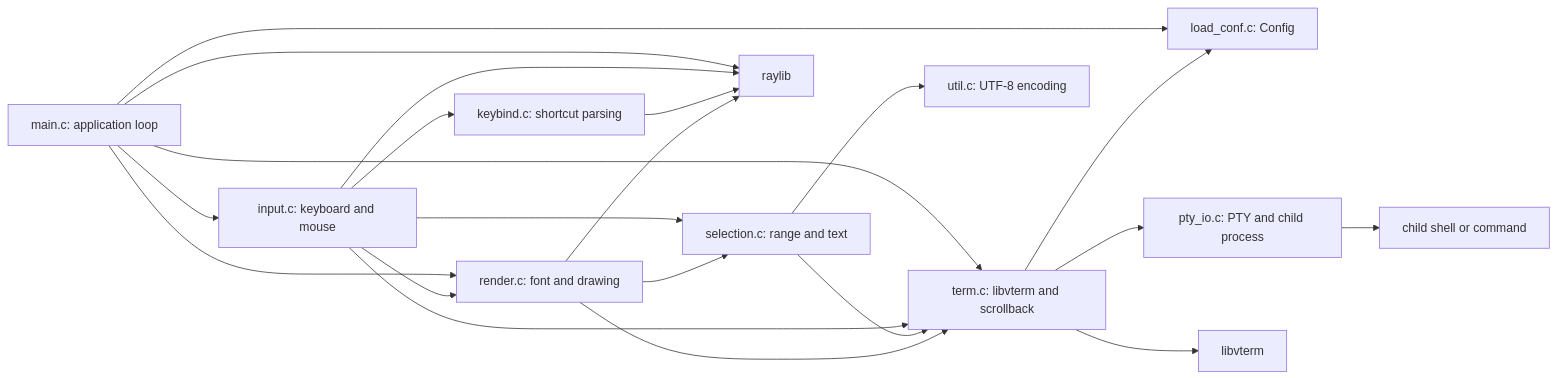
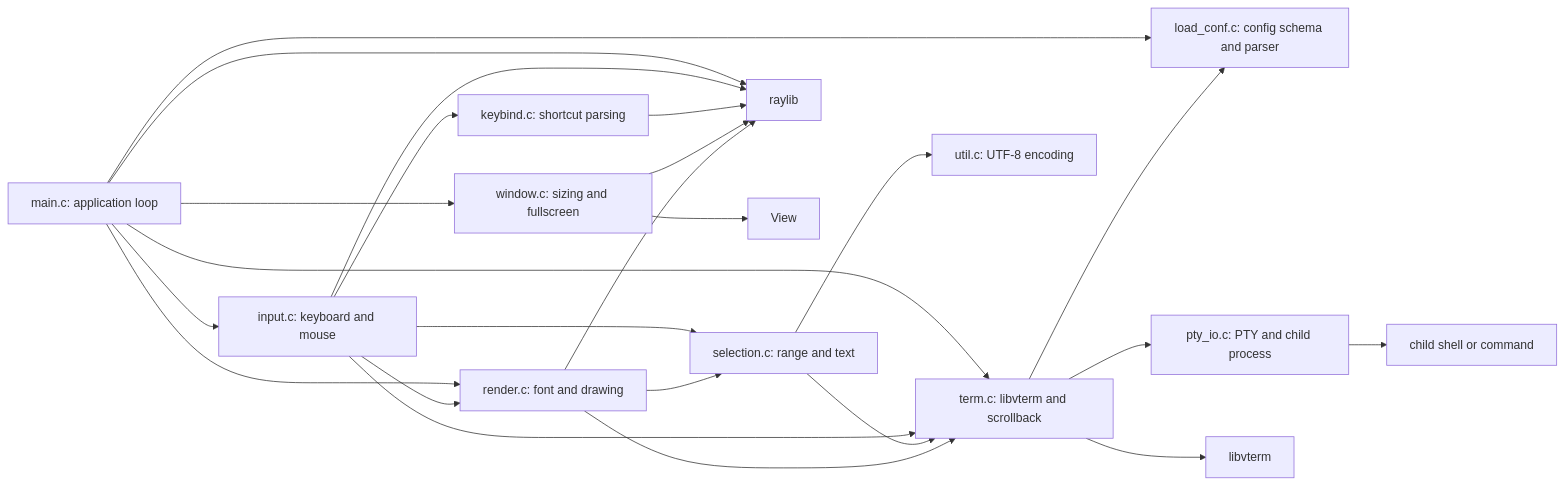
Before and after one commit to DriveAway500/see-you-later-alligator: the diagram in docs/silly-guide.md, drawn with Mermaid. The commit also changed other lines of this file and 1 other file, not shown here.

````diff
--- a/docs/silly-guide.md
+++ b/docs/silly-guide.md
@@ -7,36 +7,40 @@
 ```mermaid
 flowchart LR
 	Main[main.c: application loop]
-	Config[load_conf.c: Config]
+	Window[window.c: sizing and fullscreen]
+	Config[load_conf.c: config schema and parser]
 	Input[input.c: keyboard and mouse]
 	Binds[keybind.c: shortcut parsing]
 	Selection[selection.c: range and text]
 	Render[render.c: font and drawing]
 	Term[term.c: libvterm and scrollback]
 	Pty[pty_io.c: PTY and child process]
 	Util[util.c: UTF-8 encoding]
 	Raylib[raylib]
 	VTerm[libvterm]
 	Shell[child shell or command]
 
 	Main --> Config
+	Main --> Window
 	Main --> Input
 	Main --> Render
 	Main --> Term
 	Input --> Binds
 	Input --> Selection
 	Input --> Term
 	Input --> Render
+	Window --> View
 	Selection --> Term
 	Selection --> Util
 	Render --> Term
 	Render --> Selection
 	Term --> Config
 	Term --> Pty
 	Main --> Raylib
 	Input --> Raylib
 	Binds --> Raylib
+	Window --> Raylib
 	Render --> Raylib
 	Term --> VTerm
 	Pty --> Shell
 ```
````
